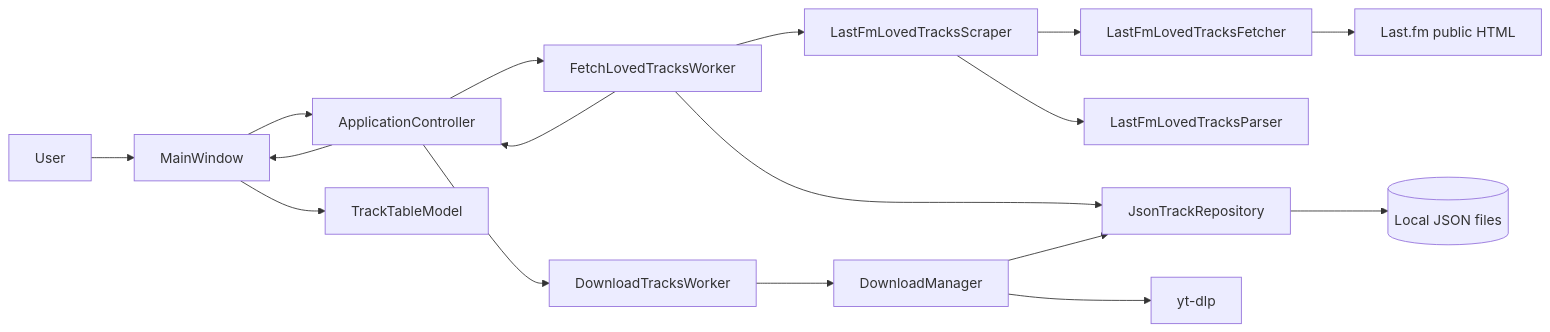
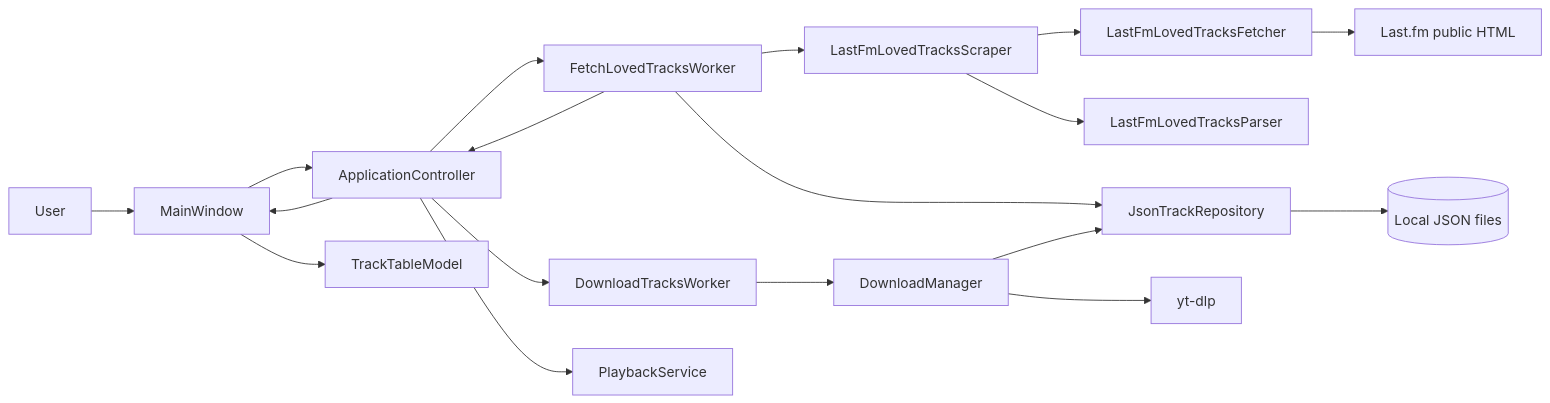
Before and after one commit to marcelpetrick/myLastFmPlayer: the first of 9 diagrams in documents/03_ARCHITECTURE.md, drawn with Mermaid. The commit also changed other lines of this file and 10 other files, not shown here.

````diff
--- a/documents/03_ARCHITECTURE.md
+++ b/documents/03_ARCHITECTURE.md
@@ -53,19 +53,20 @@
 ```mermaid
 flowchart LR
     User[User] --> UI[MainWindow]
     UI --> Controller[ApplicationController]
     Controller --> FetchWorker[FetchLovedTracksWorker]
     Controller --> DownloadWorker[DownloadTracksWorker]
+    Controller --> Playback[PlaybackService]
     FetchWorker --> Scraper[LastFmLovedTracksScraper]
     Scraper --> Fetcher[LastFmLovedTracksFetcher]
     Scraper --> Parser[LastFmLovedTracksParser]
     Fetcher --> LastFm[Last.fm public HTML]
     FetchWorker --> Storage[JsonTrackRepository]
     DownloadWorker --> DownloadManager[DownloadManager]
     DownloadManager --> Ytdlp[yt-dlp]
     DownloadManager --> Storage
     Storage --> Json[(Local JSON files)]
     FetchWorker --> Controller
     Controller --> UI
     UI --> TableModel[TrackTableModel]
 ```
````
